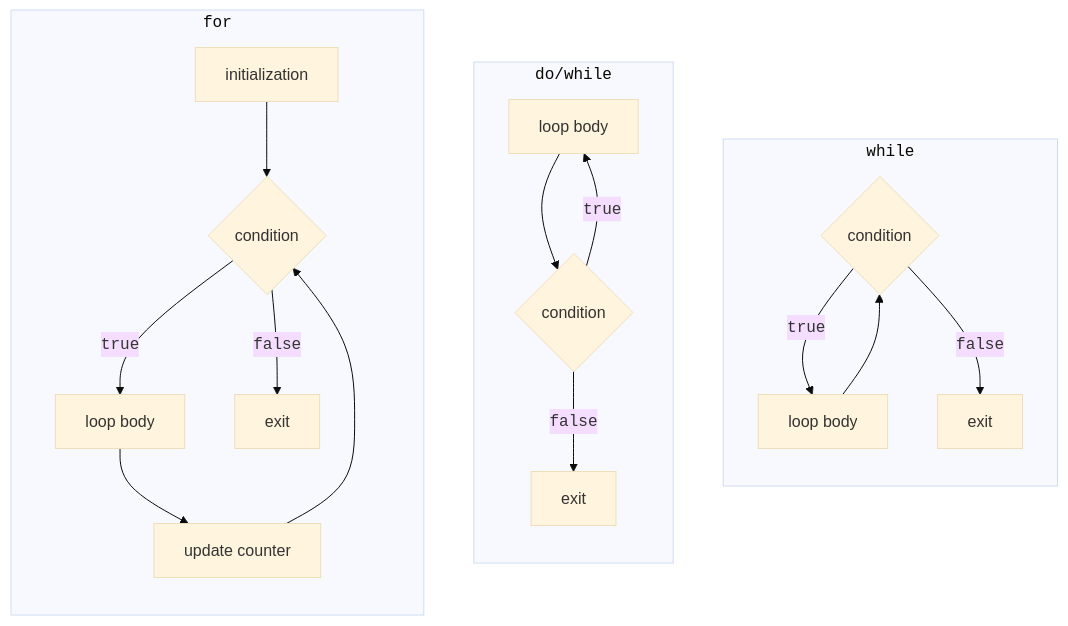
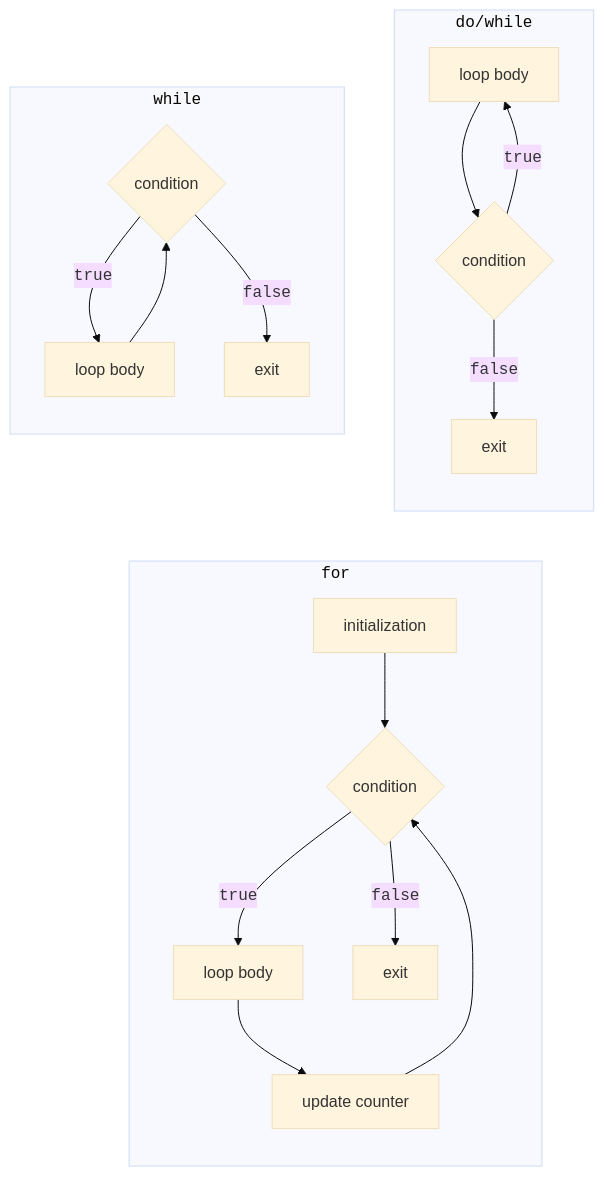
Before and after one commit to musicvano/Blog: the first of 2 diagrams in src/courses/csharp/03-control-flow/loops.md, drawn with Mermaid (base theme). The commit also changed other lines of this file and 583 other files, not shown here.

````diff
--- a/src/courses/csharp/03-control-flow/loops.md
+++ b/src/courses/csharp/03-control-flow/loops.md
@@ -14,23 +14,25 @@
 ```mermaid
 flowchart TB
   subgraph WHILE ["<code>while</code>"]
     direction TB
     W1{"condition"} -->|<code>true</code>| W2["loop body"]
     W2 --> W1
     W1 -->|<code>false</code>| W3["exit"]
   end
   subgraph DOWHILE ["<code>do/while</code>"]
     direction TB
     D1["loop body"] --> D2{"condition"}
     D2 -->|<code>true</code>| D1
     D2 -->|<code>false</code>| D3["exit"]
   end
   subgraph FOR ["<code>for</code>"]
     direction TB
     F1["initialization"] --> F2{"condition"}
     F2 -->|<code>true</code>| F3["loop body"]
     F3 --> F4["update counter"]
     F4 --> F2
     F2 -->|<code>false</code>| F5["exit"]
   end
+  WHILE ~~~ FOR
+  DOWHILE ~~~ FOR
 ```
````
